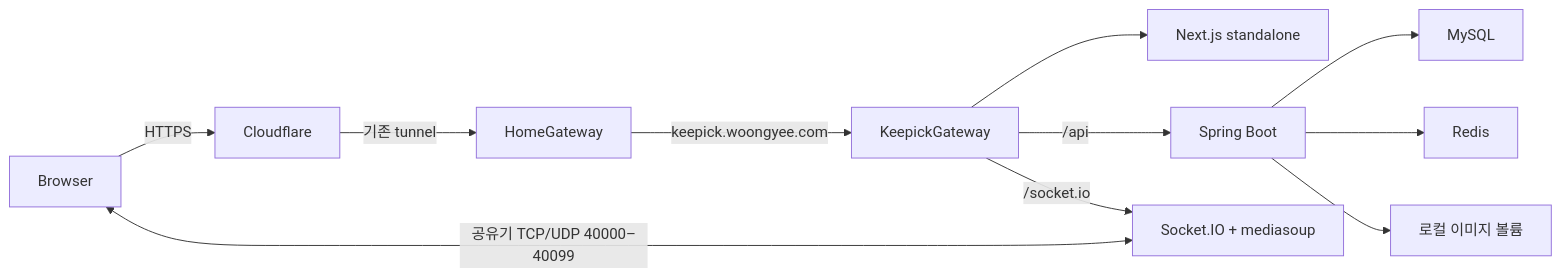
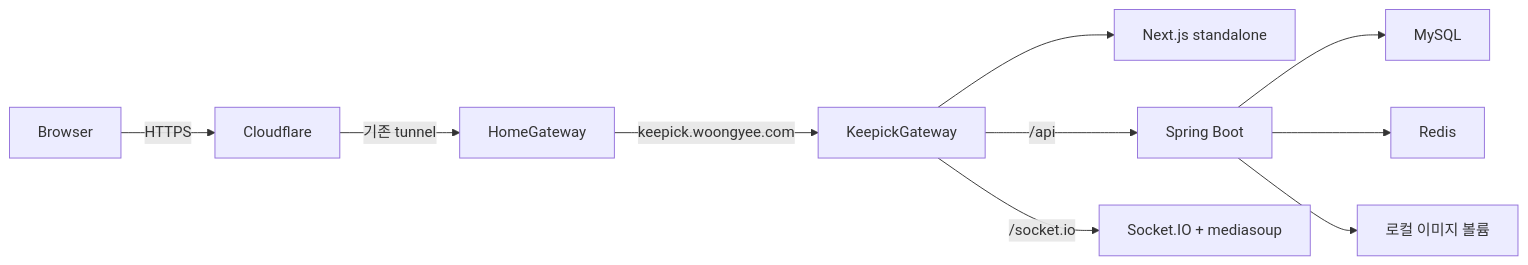
Before and after one commit to wooongyee/Keepick: the diagram in docs/recovery/home-server-deployment.md, drawn with Mermaid. The commit also changed other lines of this file and 1 other file, not shown here.

````diff
--- a/docs/recovery/home-server-deployment.md
+++ b/docs/recovery/home-server-deployment.md
@@ -8,13 +8,12 @@
 ```mermaid
 flowchart LR
   Browser -->|HTTPS| Cloudflare
   Cloudflare -->|기존 tunnel| HomeGateway
   HomeGateway -->|keepick.woongyee.com| KeepickGateway
   KeepickGateway --> Web[Next.js standalone]
   KeepickGateway -->|/api| API[Spring Boot]
   KeepickGateway -->|/socket.io| Realtime[Socket.IO + mediasoup]
   API --> MySQL
   API --> Redis
   API --> Images[로컬 이미지 볼륨]
-  Browser <-->|공유기 TCP/UDP 40000–40099| Realtime
 ```
````
